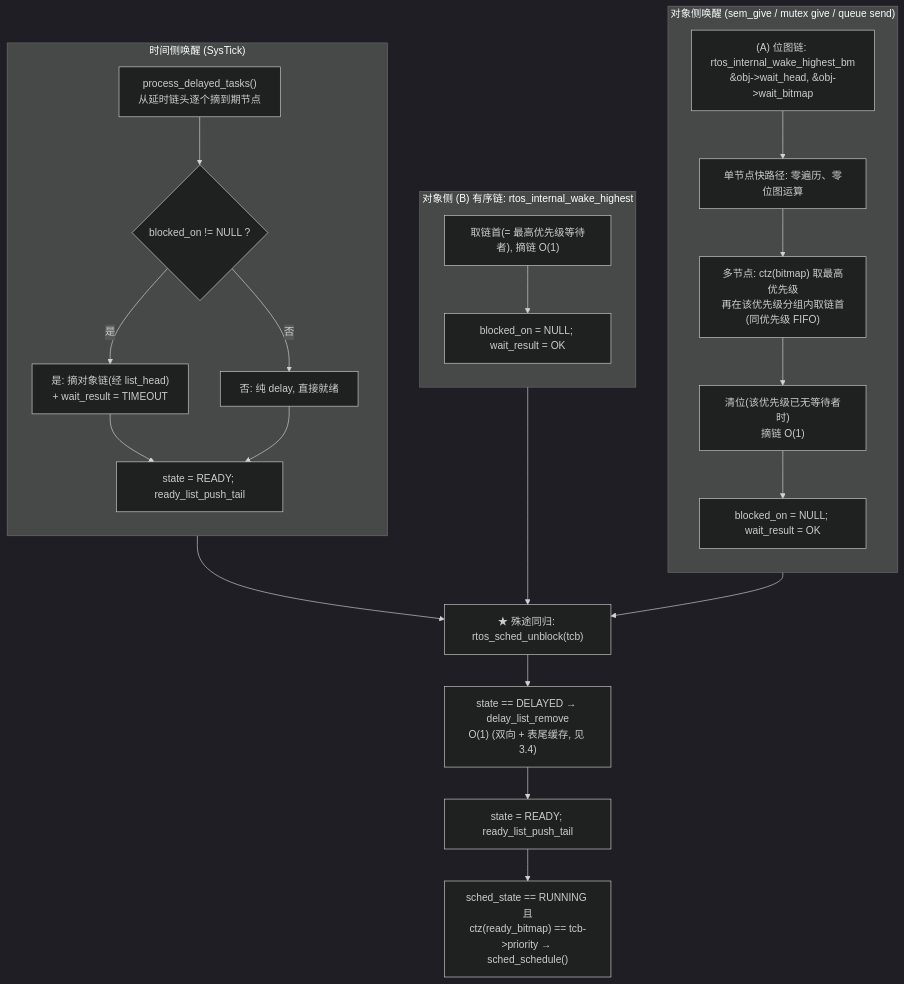
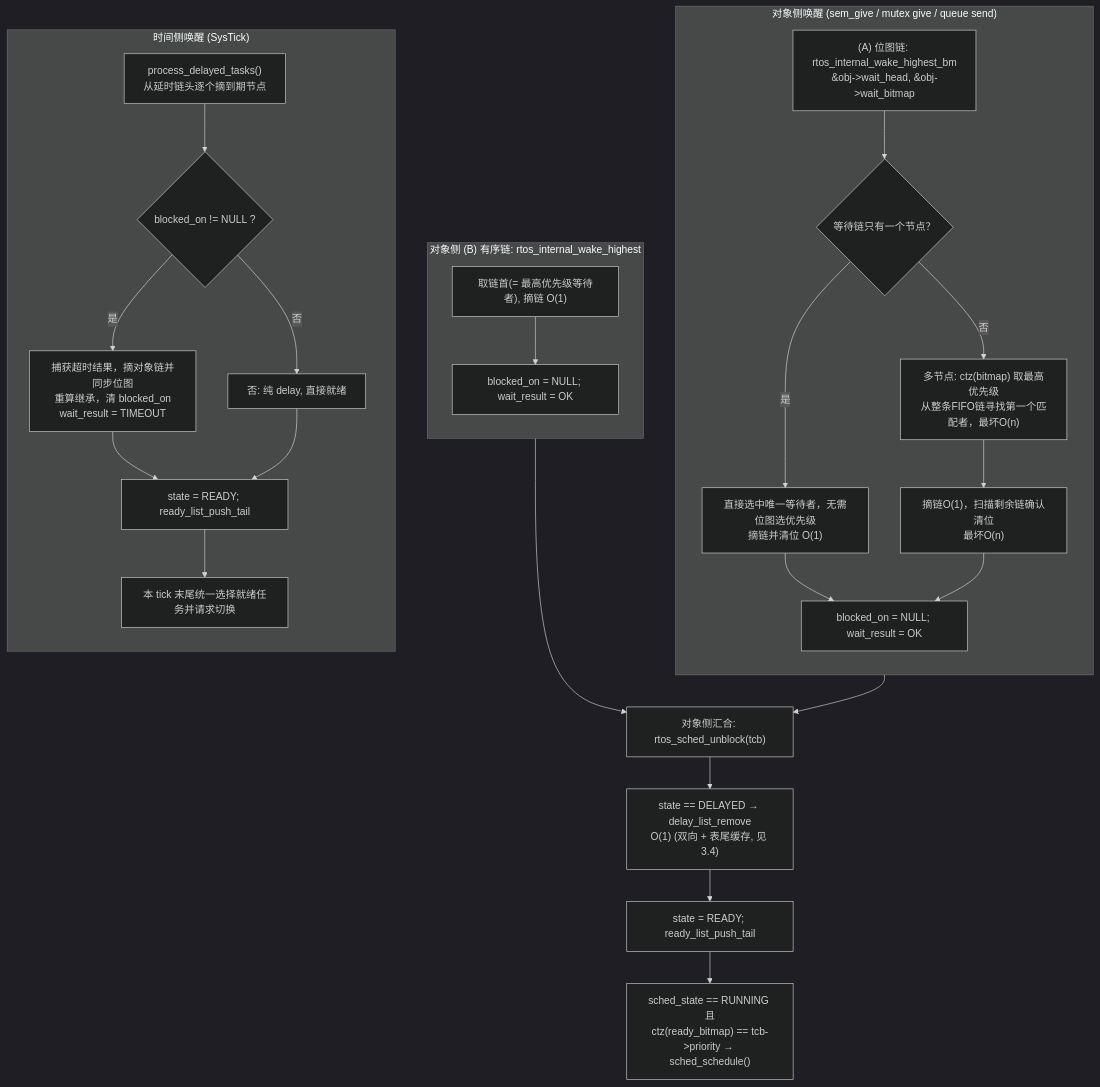
Before and after one commit to ArchHang/RTOS: the seventh of 12 diagrams in docs/rtos_design.md, drawn with Mermaid (dark theme). The commit also changed other lines of this file and 5 other files, not shown here.

````diff
--- a/docs/rtos_design.md
+++ b/docs/rtos_design.md
@@ -556,39 +560,42 @@
 ```mermaid
 flowchart TB
     subgraph OBJ["对象侧唤醒 (sem_give / mutex give / queue send)"]
         direction TB
         A1["(A) 位图链: rtos_internal_wake_highest_bm<br/>&obj->wait_head, &obj->wait_bitmap"]
-        A2["单节点快路径: 零遍历、零位图运算"]
-        A3["多节点: ctz(bitmap) 取最高优先级<br/>再在该优先级分组内取链首(同优先级 FIFO)"]
-        A4["清位(该优先级已无等待者时)<br/>摘链 O(1)"]
+        AQ{"等待链只有一个节点？"}
+        A2["直接选中唯一等待者，无需位图选优先级<br/>摘链并清位 O(1)"]
+        A3["多节点: ctz(bitmap) 取最高优先级<br/>从整条FIFO链寻找第一个匹配者，最坏O(n)"]
+        A4["摘链O(1)，扫描剩余链确认清位<br/>最坏O(n)"]
         A5["blocked_on = NULL; wait_result = OK"]
-        A1 --> A2 --> A3 --> A4 --> A5
+        A1 --> AQ
+        AQ -->|是| A2 --> A5
+        AQ -->|否| A3 --> A4 --> A5
     end
 
     subgraph OBJ2["对象侧 (B) 有序链: rtos_internal_wake_highest"]
         direction TB
         B1["取链首(= 最高优先级等待者), 摘链 O(1)"]
         B2["blocked_on = NULL; wait_result = OK"]
         B1 --> B2
     end
 
     subgraph TIM["时间侧唤醒 (SysTick)"]
         direction TB
         T1["process_delayed_tasks()<br/>从延时链头逐个摘到期节点"]
         T2{"blocked_on != NULL ?"}
-        T3["是: 摘对象链(经 list_head)<br/>+ wait_result = TIMEOUT"]
+        T3["捕获超时结果，摘对象链并同步位图<br/>重算继承，清 blocked_on<br/>wait_result = TIMEOUT"]
         T4["否: 纯 delay, 直接就绪"]
         T5["state = READY; ready_list_push_tail"]
         T1 --> T2
         T2 -->|是| T3 --> T5
         T2 -->|否| T4 --> T5
+        T5 --> T6["本 tick 末尾统一选择就绪任务并请求切换"]
     end
 
     A5 --> U
     B2 --> U
-    T5 --> U
-    U["★ 殊途同归: rtos_sched_unblock(tcb)"]
+    U["对象侧汇合: rtos_sched_unblock(tcb)"]
     U --> U1["state == DELAYED → delay_list_remove<br/>O(1) (双向 + 表尾缓存, 见 3.4)"]
     U1 --> U2["state = READY; ready_list_push_tail"]
     U2 --> U3["sched_state == RUNNING 且<br/>ctz(ready_bitmap) == tcb->priority → sched_schedule()"]
 ```
````
